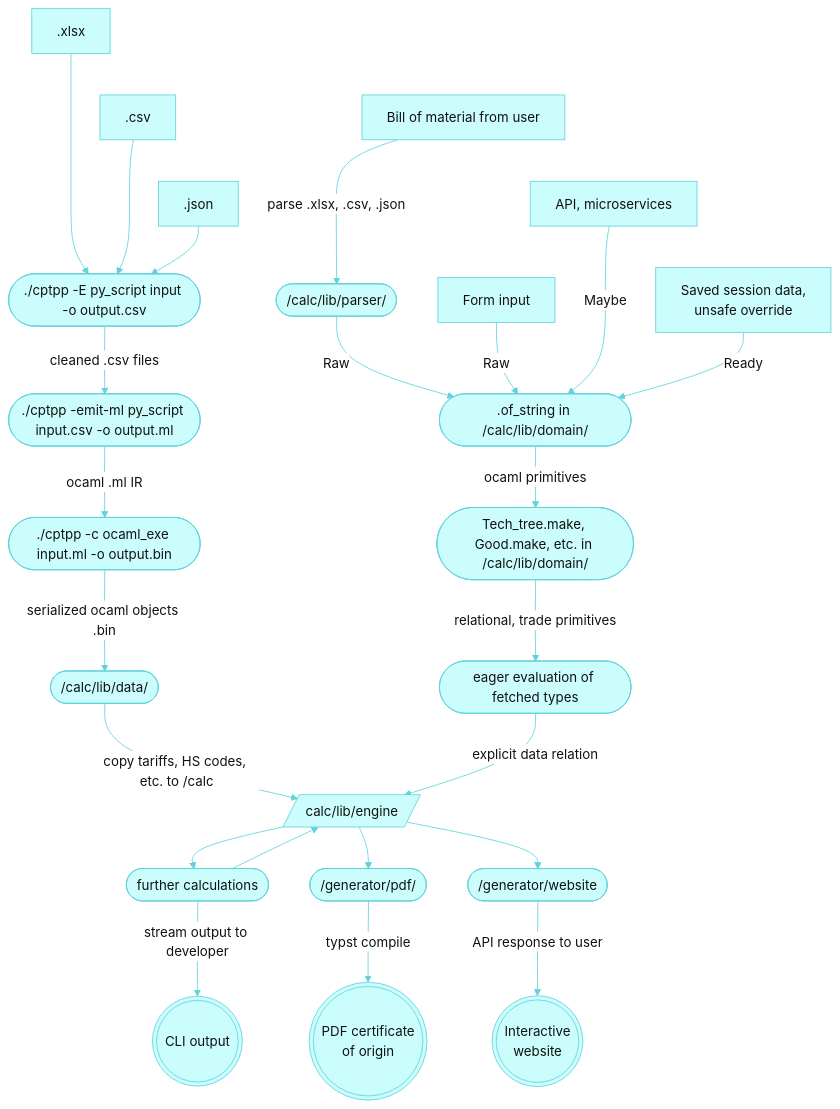
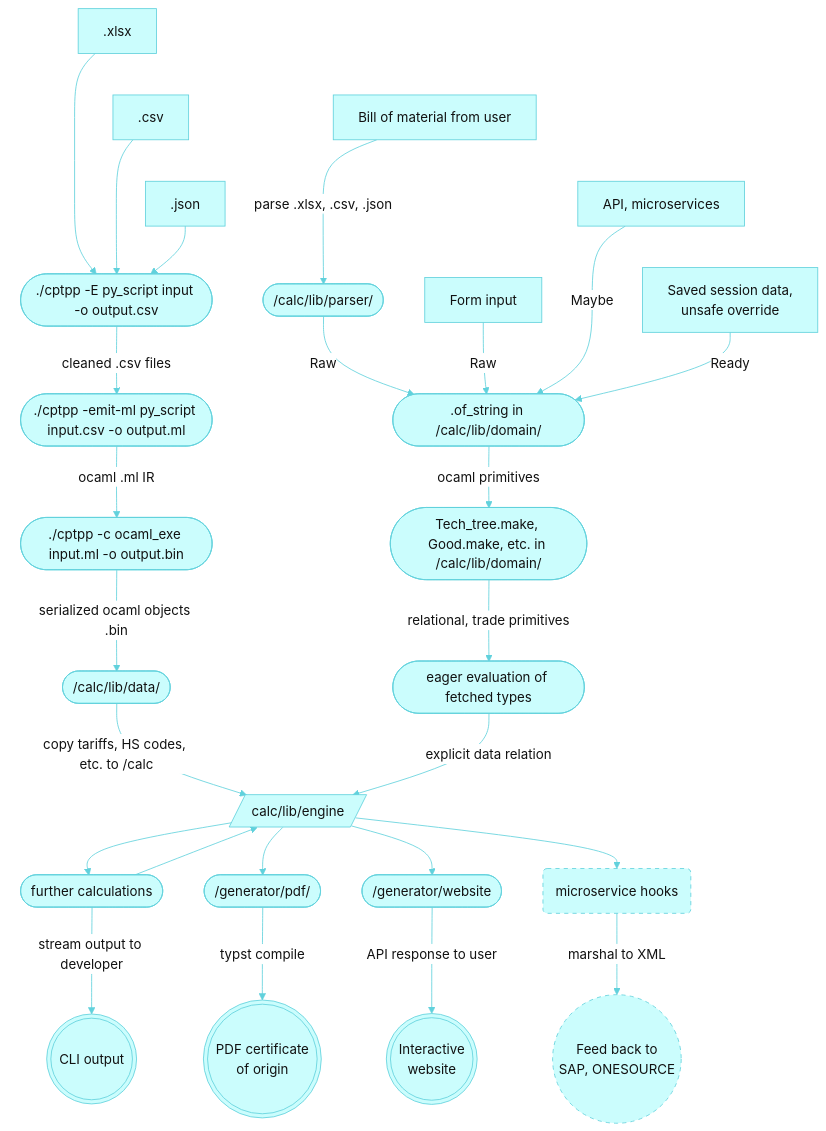
Before and after one commit to nguyenhoangan-monkey/cptpp-calculator: the diagram in README.md, drawn with Mermaid.

````diff
--- a/README.md
+++ b/README.md
@@ -27,53 +27,59 @@
 ```mermaid
 %%{init: {
   'theme': 'base', 
   'themeVariables': {
     'background': '#CBFDFD',
     'primaryColor': '#CBFDFD',
     'primaryTextColor': '#111111',
     'lineColor': '#61D1DC',
     'edgeLabelBackground': '#ffffff',
     'subgraphBackground': '#CBFDFD',
     'subgraphBorderColor': '#61D1DC',
     'clusterBkg': '#CBFDFD',
     'clusterBorder': '#61D1DC',
     'nodeBorder': '#61D1DC'
   } 
 }}%%
 graph TD
     XLSX_Ingress ~~~ CSV_Ingress ~~~ JSON_Ingress
     XLSX_Ingress[.xlsx]
     CSV_Ingress[.csv]
     JSON_Ingress[.json]
 
     XLSX_Ingress --> Step_1([./cptpp -E py_script input -o output.csv])
     CSV_Ingress  --> Step_1
     JSON_Ingress --> Step_1
     
     Step_1 -->|cleaned .csv files| Step_2([./cptpp -emit-ml py_script input.csv -o output.ml])
     Step_2 -->|ocaml .ml IR| Step_3([./cptpp -c ocaml_exe input.ml -o output.bin])
     Step_3 -->|serialized ocaml objects .bin| Step_4([/calc/lib/data/])
 
     User ~~~ Payload ~~~ Override
     User[Bill of material from user] -->|parse .xlsx, .csv, .json| Processing([/calc/lib/parser/])
     Processing -->|Raw| Inter_Step1([.of_string in /calc/lib/domain/])
     Forminput[Form input] -->|Raw| Inter_Step1
     Payload[API, microservices] -->|Maybe| Inter_Step1
     Override[Saved session data,<br>unsafe override] -->|Ready| Inter_Step1
 
     Inter_Step1 -->|ocaml primitives| Inter_Step2([Tech_tree.make, Good.make, etc. in /calc/lib/domain/])
     Inter_Step2 -->|relational, trade primitives| Domain([eager evaluation of fetched types])
 
     Step_4 -->|copy tariffs, HS codes, etc. to /calc| Step_5[/calc/lib/engine/]
     Domain -->|explicit data relation| Step_5
     
     Step_5 --> Step_6A([further calculations])
     Step_6A --> Step_5
     Step_6A -->|stream output to developer| CLI_Product(((CLI output)))
 
     Step_5 --> Step_6B([/generator/pdf/])
     Step_6B -->|typst compile| PDF_Product(((PDF certificate<br>of origin)))
 
     Step_5 --> Step_6C([/generator/website])
     Step_6C -->|API response to user| Web_Product(((Interactive<br>website)))
+
+    Step_5 --> Step_6D(microservice hooks)
+    style Step_6D stroke-dasharray: 5 5
+    Step_6D -->|marshal to XML| Pipeline((Feed back to<br>SAP, ONESOURCE))
+    style Pipeline stroke-dasharray: 5 5
+
 ```
````
